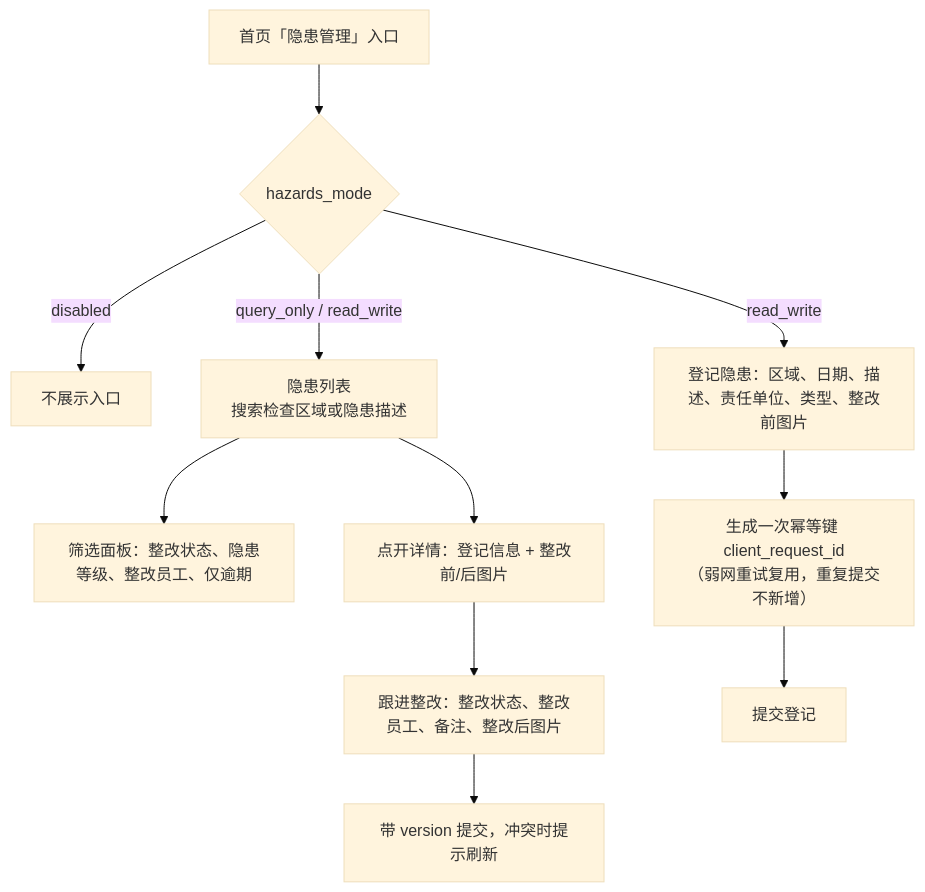
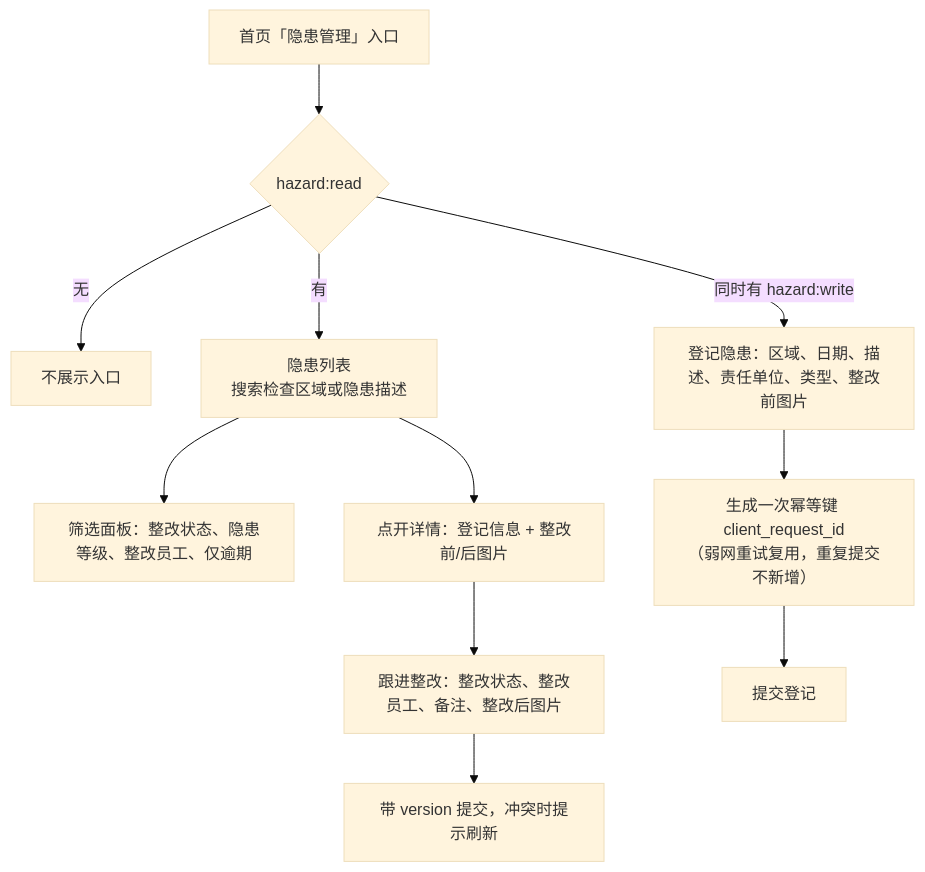
The seventh of 9 diagrams in docs/websites/pages/dev-architecture.md (Sakana-1314/Electrical-Manager), drawn with Mermaid (base theme) before and after one commit. The commit also changed other lines of this file and 86 other files, not shown here.

````diff
--- a/docs/websites/pages/dev-architecture.md
+++ b/docs/websites/pages/dev-architecture.md
@@ -1037,13 +1047,13 @@
 ```mermaid
 flowchart TD
-    A["首页「隐患管理」入口"] --> B{"hazards_mode"}
-    B -- "disabled" --> B1["不展示入口"]
-    B -- "query_only / read_write" --> C["隐患列表<br/>搜索检查区域或隐患描述"]
+    A["首页「隐患管理」入口"] --> B{"hazard:read"}
+    B -- "无" --> B1["不展示入口"]
+    B -- "有" --> C["隐患列表<br/>搜索检查区域或隐患描述"]
     C --> D["筛选面板：整改状态、隐患等级、整改员工、仅逾期"]
     C --> E["点开详情：登记信息 + 整改前/后图片"]
-    B -- "read_write" --> F["登记隐患：区域、日期、描述、责任单位、类型、整改前图片"]
+    B -- "同时有 hazard:write" --> F["登记隐患：区域、日期、描述、责任单位、类型、整改前图片"]
     F --> G["生成一次幂等键 client_request_id<br/>（弱网重试复用，重复提交不新增）"]
     G --> H["提交登记"]
     E --> I["跟进整改：整改状态、整改员工、备注、整改后图片"]
     I --> J["带 version 提交，冲突时提示刷新"]
 ```
````
